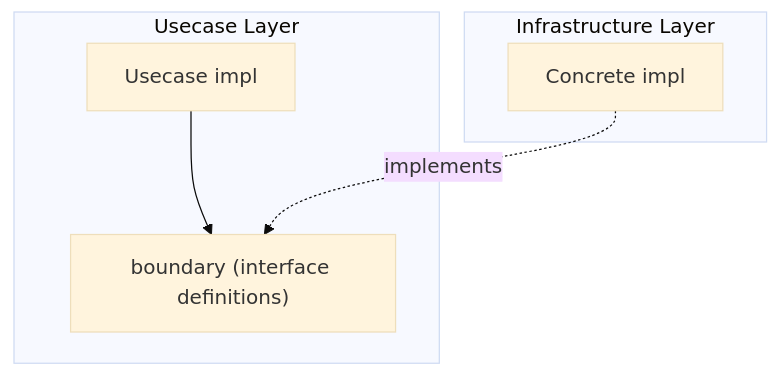
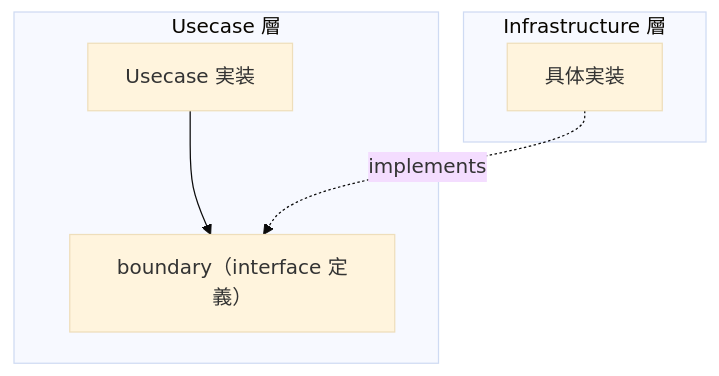
One commit to Tomy-ch/go-boilerplate changed the diagram in internal/usecase/boundary/README.md. Above: the diagram before and after it, drawn with Mermaid (base theme). The commit also changed other lines of this file and 970 other files, not shown here.

````diff
--- a/internal/usecase/boundary/README.md
+++ b/internal/usecase/boundary/README.md
@@ -7,13 +7,13 @@
 ```mermaid
 flowchart TB
-    subgraph "Usecase Layer"
-        Boundary["boundary (interface definitions)"]
-        UC["Usecase impl"]
+    subgraph "Usecase 層"
+        Boundary["boundary（interface 定義）"]
+        UC["Usecase 実装"]
     end
-    subgraph "Infrastructure Layer"
-        Impl["Concrete impl"]
+    subgraph "Infrastructure 層"
+        Impl["具体実装"]
     end
 
     UC --> Boundary
     Impl -. implements .-> Boundary
 ```
````
